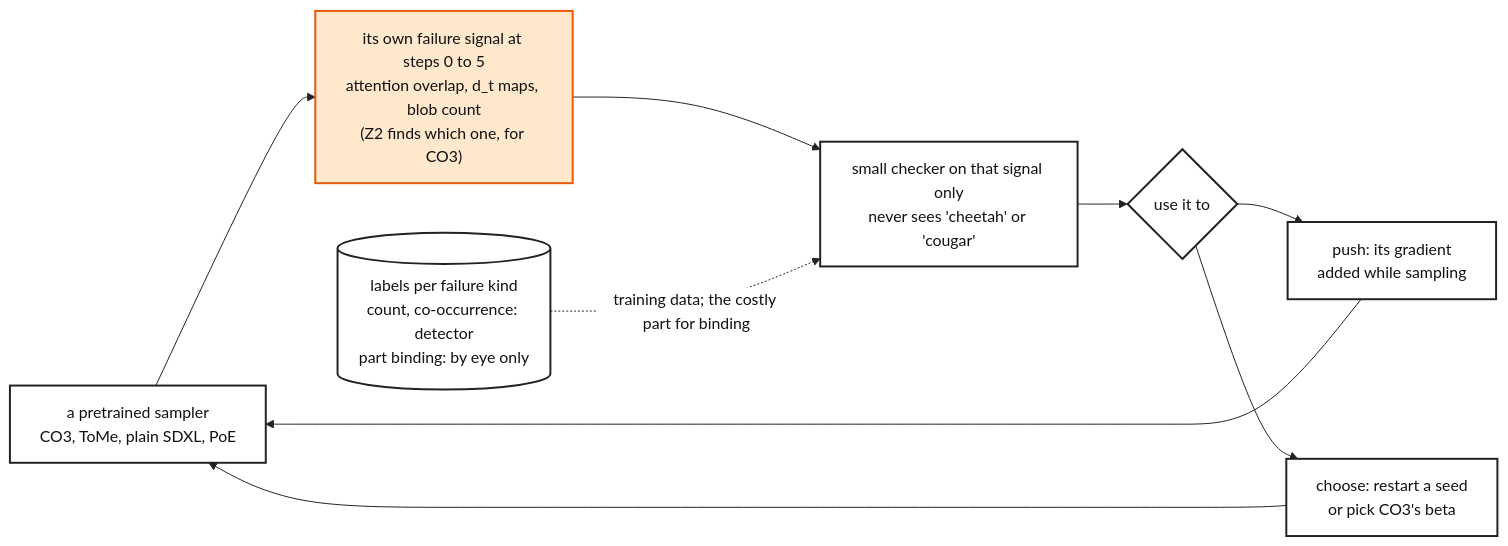
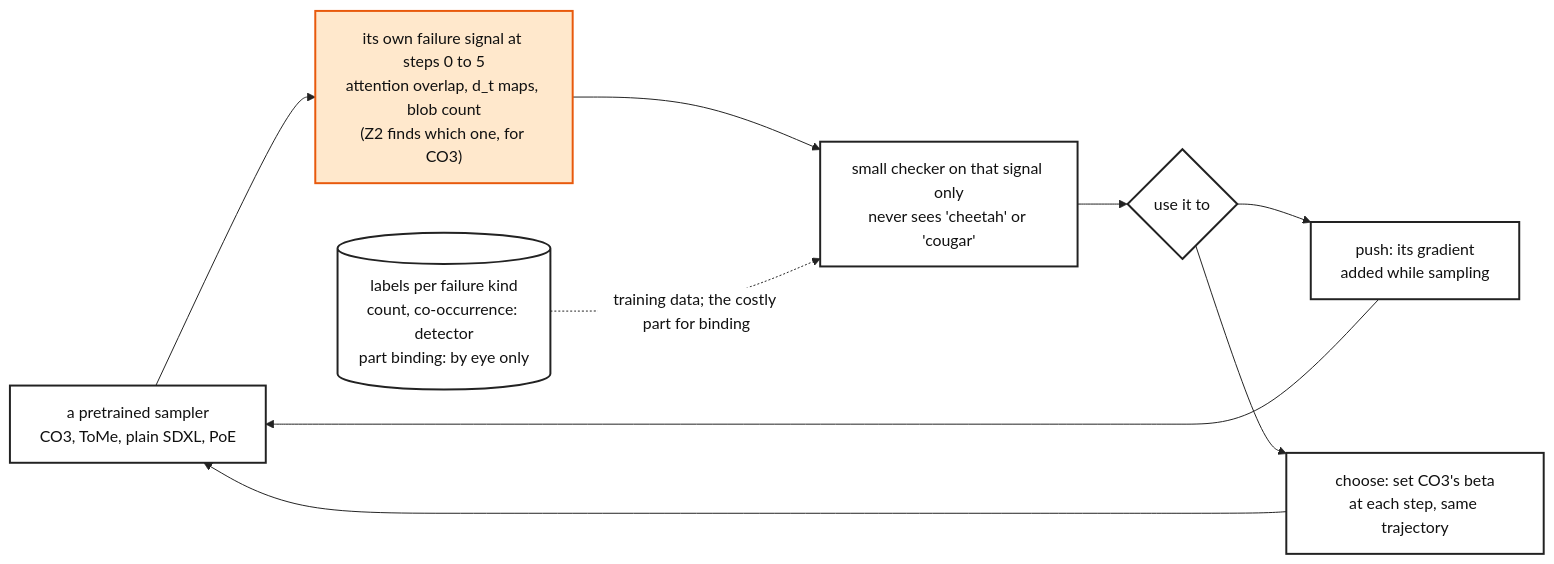
One commit to mo-rsa24/concept-composition changed the diagram in artifacts/notes/progress/leakage/mechanism-checker-idea.mmd. Above: the diagram before and after it, drawn with Mermaid. The commit also changed 3 other files, not shown here.

Commit message:
Loop 12: the checker idea and Z4 judge every candidate on one trajectory per seed; seed restarts are a baseline only

```diff
--- a/artifacts/notes/progress/leakage/mechanism-checker-idea.mmd
+++ b/artifacts/notes/progress/leakage/mechanism-checker-idea.mmd
@@ -1,15 +1,15 @@
 %%{init: {'theme': 'base', 'themeVariables': {'fontFamily': 'monospace', 'primaryColor': '#ffffff', 'primaryBorderColor': '#222222', 'primaryTextColor': '#111111', 'lineColor': '#222222'}}}%%
 flowchart LR
   S["a pretrained sampler<br/>CO3, ToMe, plain SDXL, PoE"]:::plain
   R["its own failure signal at steps 0 to 5<br/>attention overlap, d_t maps, blob count<br/>(Z2 finds which one, for CO3)"]:::doing
   C["small checker on that signal only<br/>never sees 'cheetah' or 'cougar'"]:::plain
   G{"use it to"}:::plain
   P["push: its gradient<br/>added while sampling"]:::plain
-  H["choose: restart a seed<br/>or pick CO3's beta"]:::plain
+  H["choose: set CO3's beta<br/>at each step, same trajectory"]:::plain
   L[("labels per failure kind<br/>count, co-occurrence: detector<br/>part binding: by eye only")]:::plain
   S --> R --> C --> G
   G --> P --> S
   G --> H --> S
   L -. "training data; the costly part for binding" .-> C
   classDef plain fill:#ffffff,stroke:#222222,stroke-width:2px,color:#111111
   classDef doing fill:#ffe8cc,stroke:#e8590c,stroke-width:2px
```
